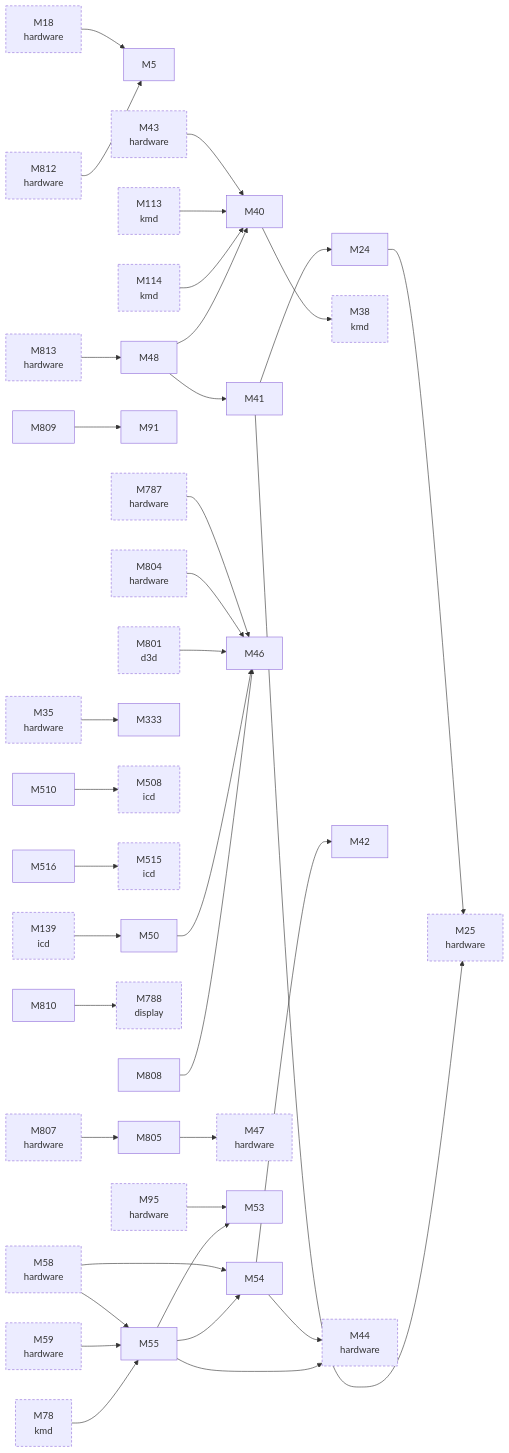
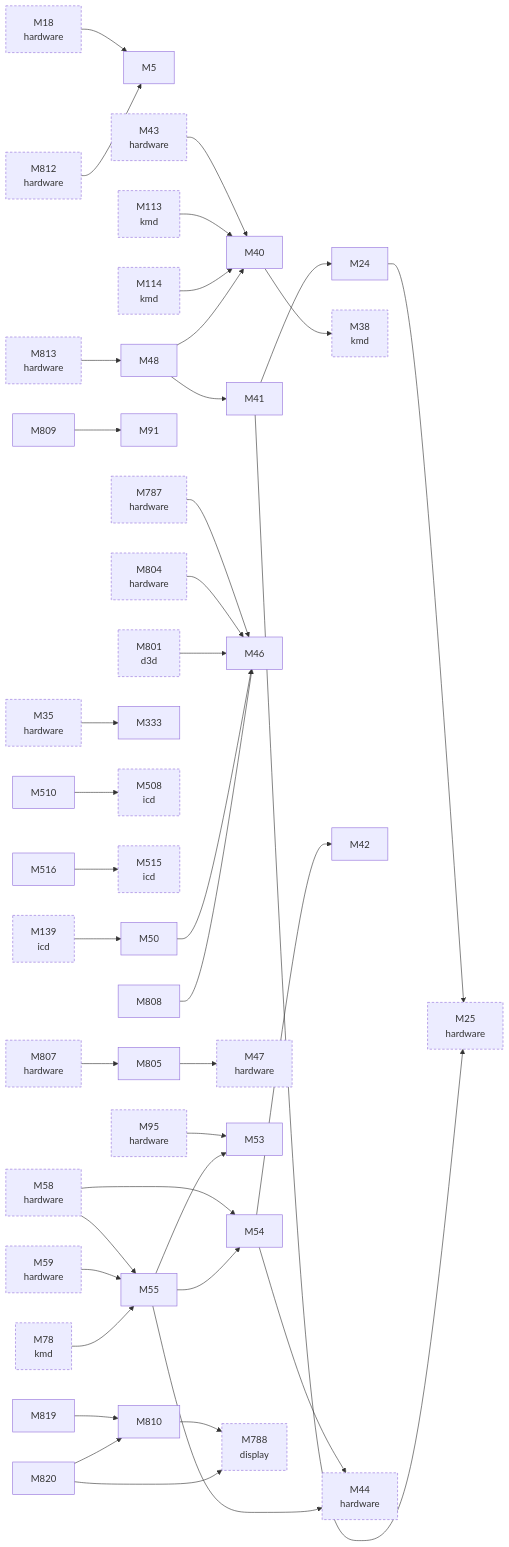
One commit to D-Ogi/amdgpu-wddm changed the second of 2 diagrams in docs/facts/graphs/linux.md. Above: the diagram before and after it, drawn with Mermaid. The commit also changed 73 other files, not shown here.

````diff
--- a/docs/facts/graphs/linux.md
+++ b/docs/facts/graphs/linux.md
@@ -83,6 +83,8 @@
   M810["M810"]
   M812["M812<br/>hardware"]
   M813["M813<br/>hardware"]
+  M819["M819"]
+  M820["M820"]
   M18 --> M5
   M35 --> M333
   M43 --> M40
@@ -118,6 +120,9 @@
   M808 --> M46
   M809 --> M91
   M810 --> M788
+  M819 --> M810
+  M820 --> M788
+  M820 --> M810
   classDef other stroke-dasharray:4 3
   class M18,M25,M35,M38,M43,M44,M47,M58,M59,M78,M95,M113,M114,M139,M508,M515,M787,M788,M801,M804,M807,M812,M813 other
 ```
````
